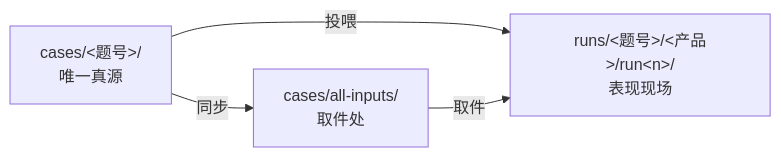
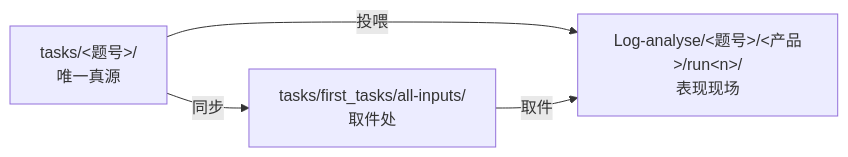
One commit to Cool-11/harness-competitor-eval changed the diagram in README.md. Above: the diagram before and after it, drawn with Mermaid. The commit also changed other lines of this file and 925 other files, not shown here.

````diff
--- a/README.md
+++ b/README.md
@@ -29,6 +29,6 @@
 ```mermaid
 flowchart LR
-  A["cases/&lt;题号&gt;/<br/>唯一真源"] -->|同步| B["cases/all-inputs/<br/>取件处"]
-  A -->|投喂| C["runs/&lt;题号&gt;/&lt;产品&gt;/run&lt;n&gt;/<br/>表现现场"]
+  A["tasks/&lt;题号&gt;/<br/>唯一真源"] -->|同步| B["tasks/first_tasks/all-inputs/<br/>取件处"]
+  A -->|投喂| C["Log-analyse/&lt;题号&gt;/&lt;产品&gt;/run&lt;n&gt;/<br/>表现现场"]
   B -->|取件| C
 ```
````
